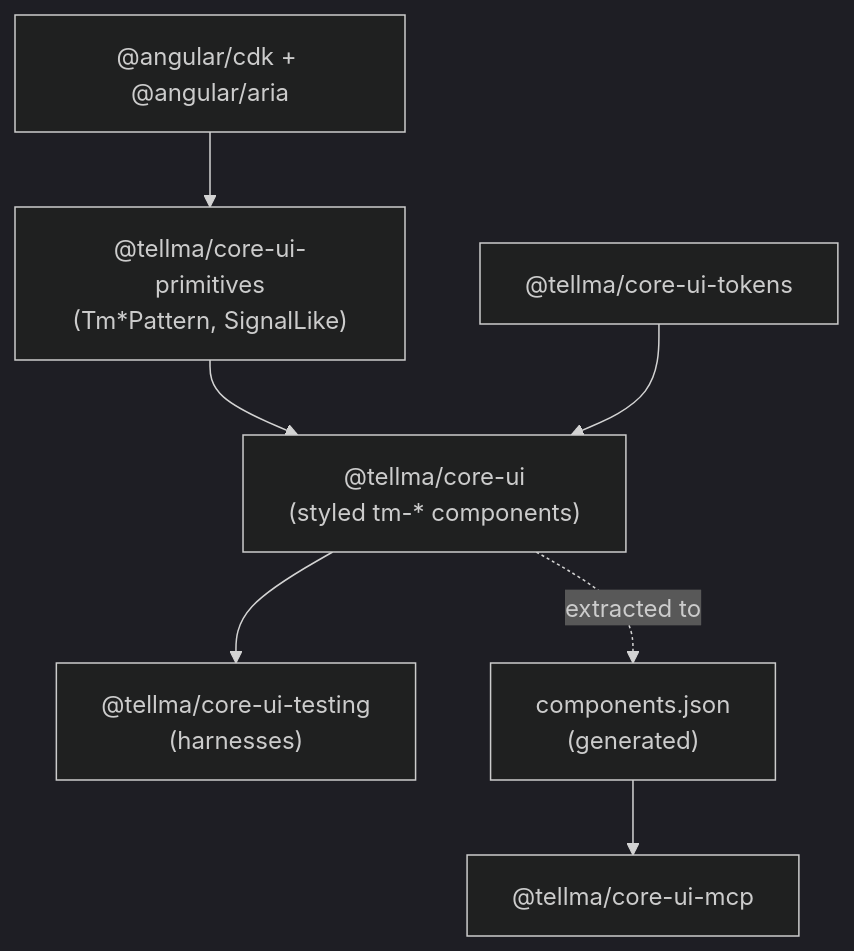
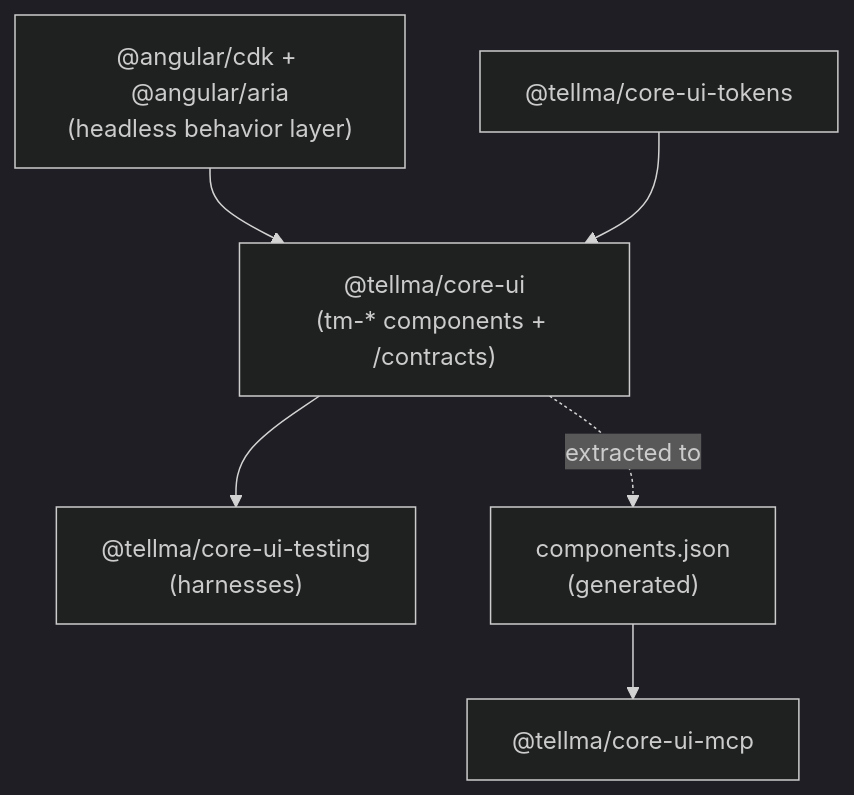
Before and after one commit to tellma-ltd/tellma-platform: the fourth of 5 diagrams in ARCHITECTURE.md, drawn with Mermaid (dark theme). The commit also changed other lines of this file and 1 other file, not shown here.

First line of the commit message:
Collapse the pattern/adapter split and the -primitives package

````diff
--- a/ARCHITECTURE.md
+++ b/ARCHITECTURE.md
@@ -731,9 +729,8 @@
 ```mermaid
 flowchart TB
-    cdk["@angular/cdk + @angular/aria"] --> prim["@tellma/core-ui-primitives<br/>(Tm*Pattern, SignalLike)"]
-    prim --> ui["@tellma/core-ui<br/>(styled tm-* components)"]
+    cdk["@angular/cdk + @angular/aria<br/>(headless behavior layer)"] --> ui["@tellma/core-ui<br/>(tm-* components + /contracts)"]
     tok["@tellma/core-ui-tokens"] --> ui
     ui --> test["@tellma/core-ui-testing<br/>(harnesses)"]
     ui -.->|extracted to| meta["components.json<br/>(generated)"]
     meta --> mcp["@tellma/core-ui-mcp"]
 ```
````
